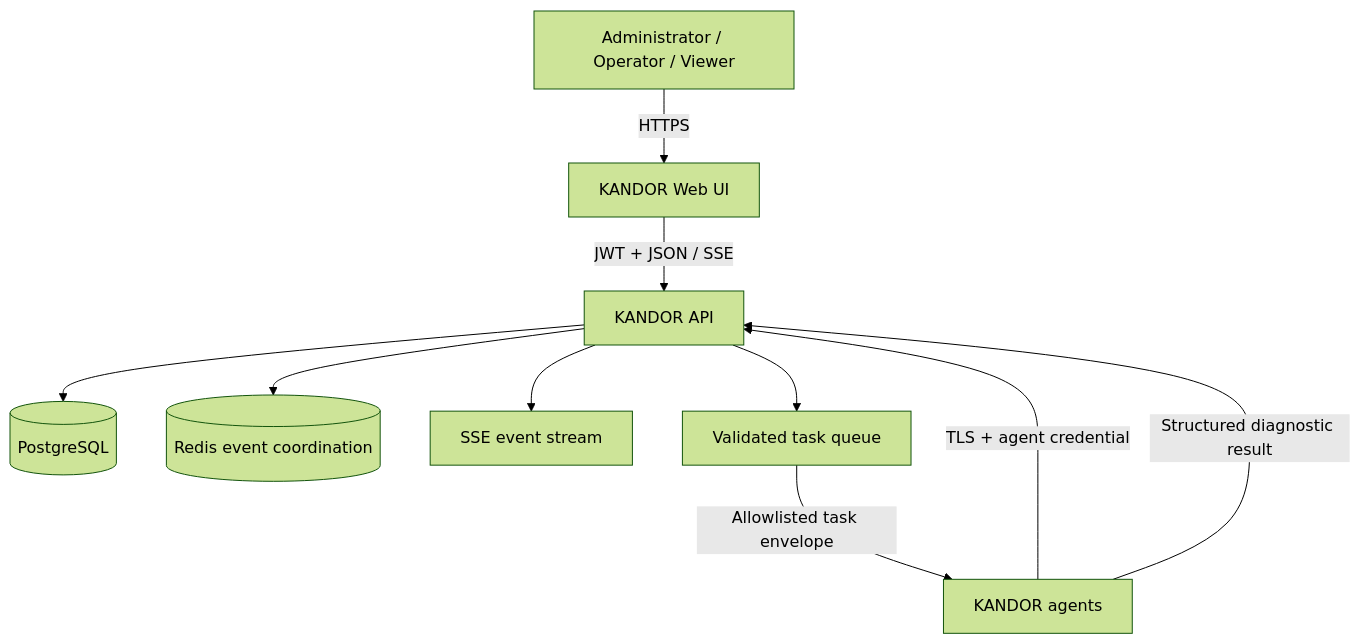
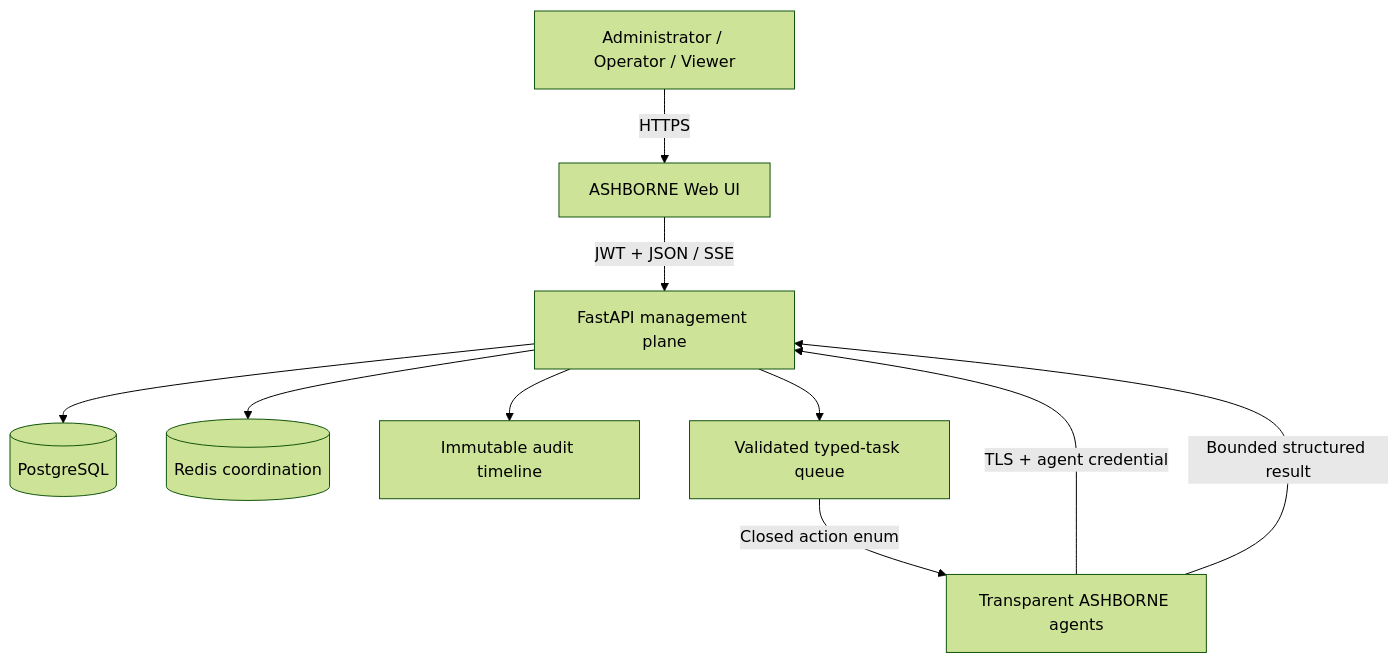
The diagram in README.md (smokericeash/ashborne), drawn with Mermaid (forest theme) before and after one commit. The commit also changed other lines of this file and 104 other files, not shown here.

````diff
--- a/README.md
+++ b/README.md
@@ -28,12 +55,12 @@
 ```mermaid
 flowchart TB
-    Operator[Administrator / Operator / Viewer] -->|HTTPS| UI[KANDOR Web UI]
-    UI -->|JWT + JSON / SSE| API[KANDOR API]
+    Operator[Administrator / Operator / Viewer] -->|HTTPS| UI[ASHBORNE Web UI]
+    UI -->|JWT + JSON / SSE| API[FastAPI management plane]
     API --> DB[(PostgreSQL)]
-    API --> Redis[(Redis event coordination)]
-    API --> Events[SSE event stream]
-    API --> Queue[Validated task queue]
-    Agents[KANDOR agents] -->|TLS + agent credential| API
-    Queue -->|Allowlisted task envelope| Agents
-    Agents -->|Structured diagnostic result| API
+    API --> Redis[(Redis coordination)]
+    API --> Audit[Immutable audit timeline]
+    API --> Queue[Validated typed-task queue]
+    Agents[Transparent ASHBORNE agents] -->|TLS + agent credential| API
+    Queue -->|Closed action enum| Agents
+    Agents -->|Bounded structured result| API
 ```
````
